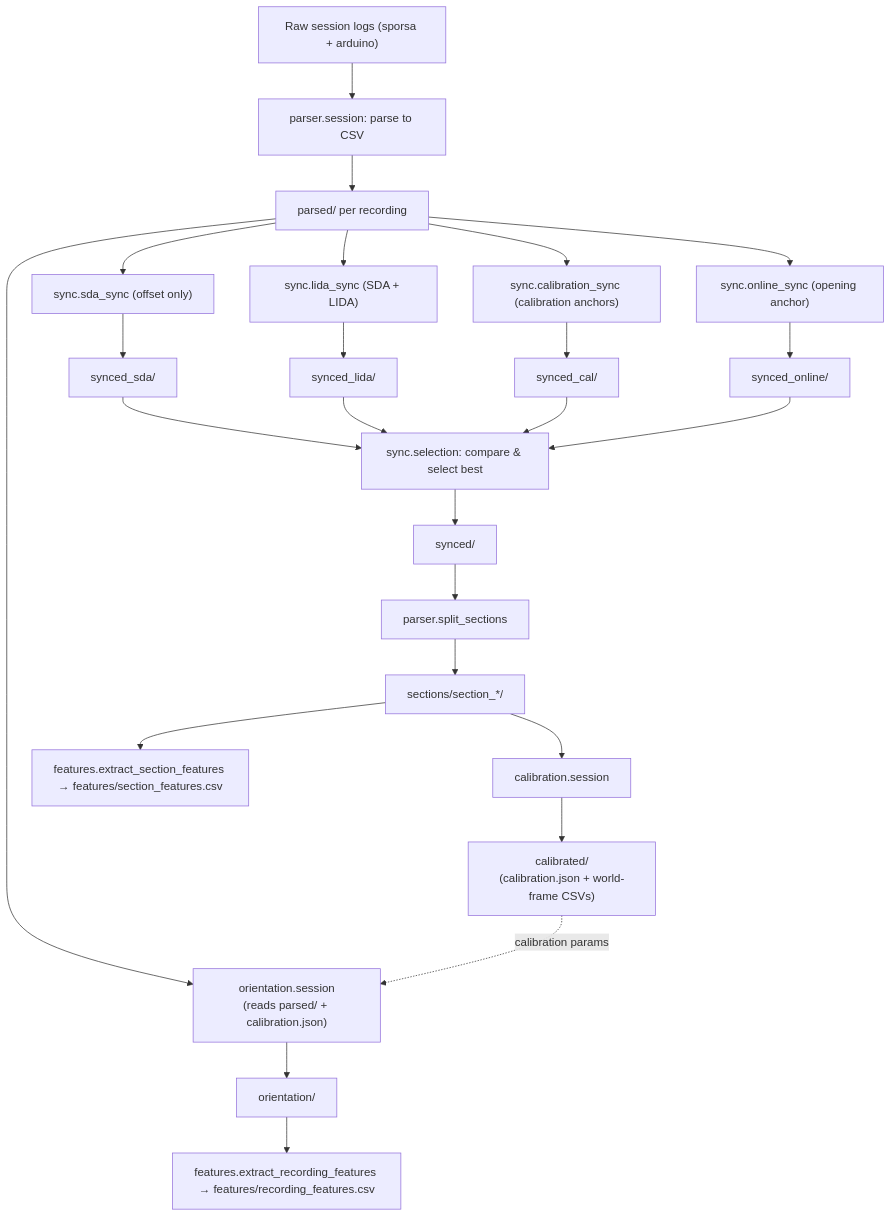
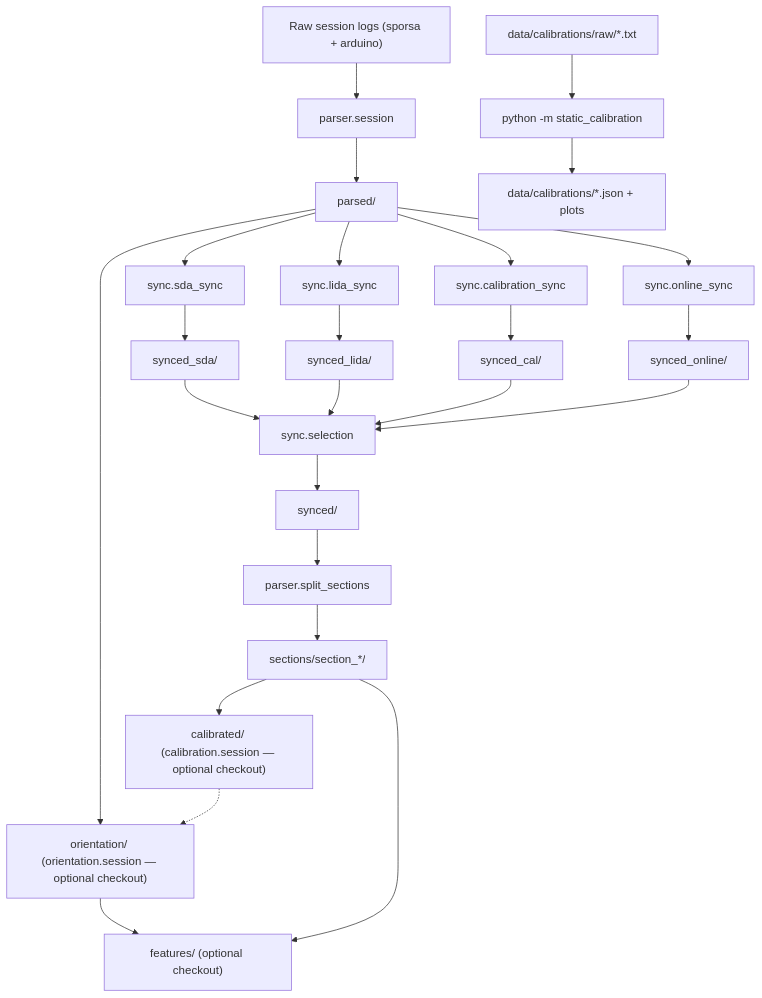
The diagram in analysis/README.md (xanderdurieux/multi-imu), drawn with Mermaid before and after one commit. The commit also changed other lines of this file and 27 other files, not shown here.

Commit message:
feat(static_calibration): static calibration pipeline implemented

````diff
--- a/analysis/README.md
+++ b/analysis/README.md
@@ -544,24 +518,24 @@
 ```mermaid
 flowchart TD
-  rawSession["Raw session logs (sporsa + arduino)"] --> parseSession["parser.session: parse to CSV"]
-  parseSession --> parsedStage["parsed/ per recording"]
-  parsedStage --> syncSDA["sync.sda_sync (offset only)"]
-  parsedStage --> syncLIDA["sync.lida_sync (SDA + LIDA)"]
-  parsedStage --> syncCal["sync.calibration_sync (calibration anchors)"]
-  parsedStage --> syncOnline["sync.online_sync (opening anchor)"]
+  rawSession["Raw session logs (sporsa + arduino)"] --> parseSession["parser.session"]
+  parseSession --> parsedStage["parsed/"]
+  parsedStage --> syncSDA["sync.sda_sync"]
+  parsedStage --> syncLIDA["sync.lida_sync"]
+  parsedStage --> syncCal["sync.calibration_sync"]
+  parsedStage --> syncOnline["sync.online_sync"]
   syncSDA --> syncedSDA["synced_sda/"]
   syncLIDA --> syncedLida["synced_lida/"]
   syncCal --> syncedCal["synced_cal/"]
   syncOnline --> syncedOnline["synced_online/"]
-  syncedSDA & syncedLida & syncedCal & syncedOnline --> selection["sync.selection: compare & select best"]
+  syncedSDA & syncedLida & syncedCal & syncedOnline --> selection["sync.selection"]
   selection --> syncedBest["synced/"]
   syncedBest --> splitSections["parser.split_sections"]
   splitSections --> sectionsStage["sections/section_*/"]
-  sectionsStage --> calibrationStage["calibration.session"]
-  calibrationStage --> calibratedStage["calibrated/\n(calibration.json + world-frame CSVs)"]
-  parsedStage --> orientationStage["orientation.session\n(reads parsed/ + calibration.json)"]
-  calibratedStage -. calibration params .-> orientationStage
-  orientationStage --> orientationOut["orientation/"]
-  orientationOut --> featuresRec["features.extract_recording_features → features/recording_features.csv"]
-  sectionsStage --> featuresSec["features.extract_section_features → features/section_features.csv"]
+  sectionsStage --> optionalCal["calibrated/ (calibration.session — optional checkout)"]
+  parsedStage --> optionalOri["orientation/ (orientation.session — optional checkout)"]
+  optionalCal -.-> optionalOri
+  optionalOri --> optionalFeat["features/ (optional checkout)"]
+  sectionsStage --> optionalFeat
+  rawCalib["data/calibrations/raw/*.txt"] --> staticCal["python -m static_calibration"]
+  staticCal --> calibOut["data/calibrations/*.json + plots"]
 ```
````
